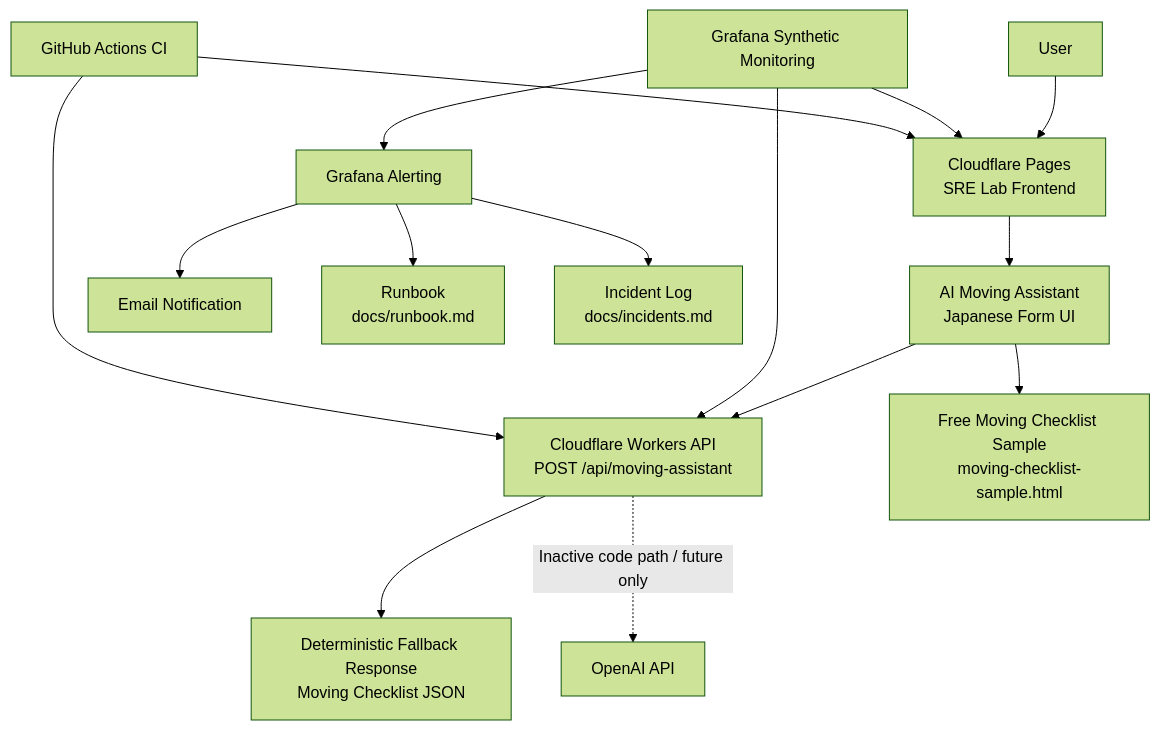
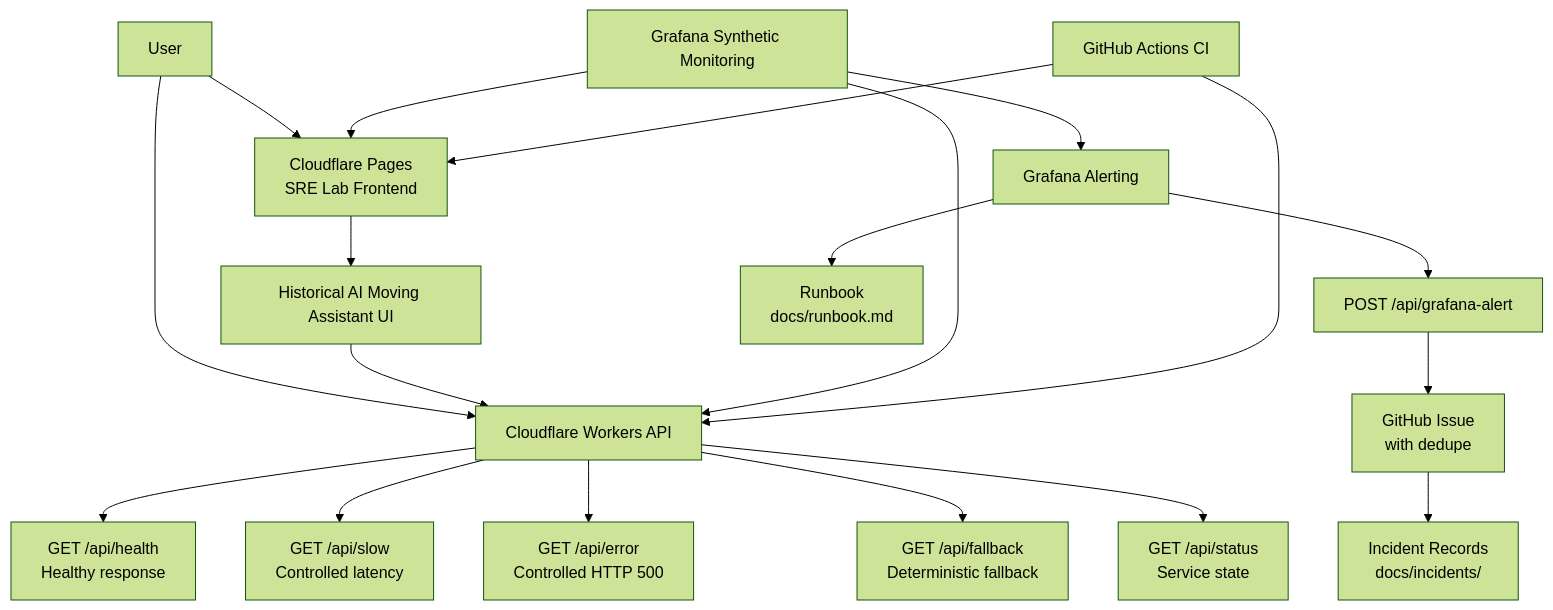
The first of 2 diagrams in docs/architecture.md (YDTNK/sre-lab), drawn with Mermaid (forest theme) before and after one commit. The commit also changed other lines of this file and 5 other files, not shown here.

````diff
--- a/docs/architecture.md
+++ b/docs/architecture.md
@@ -23,20 +24,24 @@
 ```mermaid
 flowchart TD
     U[User] --> P[Cloudflare Pages<br/>SRE Lab Frontend]
-    P --> F[AI Moving Assistant<br/>Japanese Form UI]
-    F --> W[Cloudflare Workers API<br/>POST /api/moving-assistant]
-    W --> M[Deterministic Fallback Response<br/>Moving Checklist JSON]
-    F --> S[Free Moving Checklist Sample<br/>moving-checklist-sample.html]
-    W -. Inactive code path / future only .-> AI[OpenAI API]
+    U --> W[Cloudflare Workers API]
+    W --> H[GET /api/health<br/>Healthy response]
+    W --> L[GET /api/slow<br/>Controlled latency]
+    W --> E[GET /api/error<br/>Controlled HTTP 500]
+    W --> FB[GET /api/fallback<br/>Deterministic fallback]
+    W --> ST[GET /api/status<br/>Service state]
+    P --> F[Historical AI Moving Assistant UI]
+    F --> W
 
     G[Grafana Synthetic Monitoring] --> P
     G --> W
 
     G --> A[Grafana Alerting]
-    A --> E[Email Notification]
+    A --> GA[POST /api/grafana-alert]
+    GA --> GI[GitHub Issue<br/>with dedupe]
     A --> R[Runbook<br/>docs/runbook.md]
-    A --> I[Incident Log<br/>docs/incidents.md]
+    GI --> I[Incident Records<br/>docs/incidents/]
 
     CI[GitHub Actions CI] --> P
     CI --> W
 ```
````
